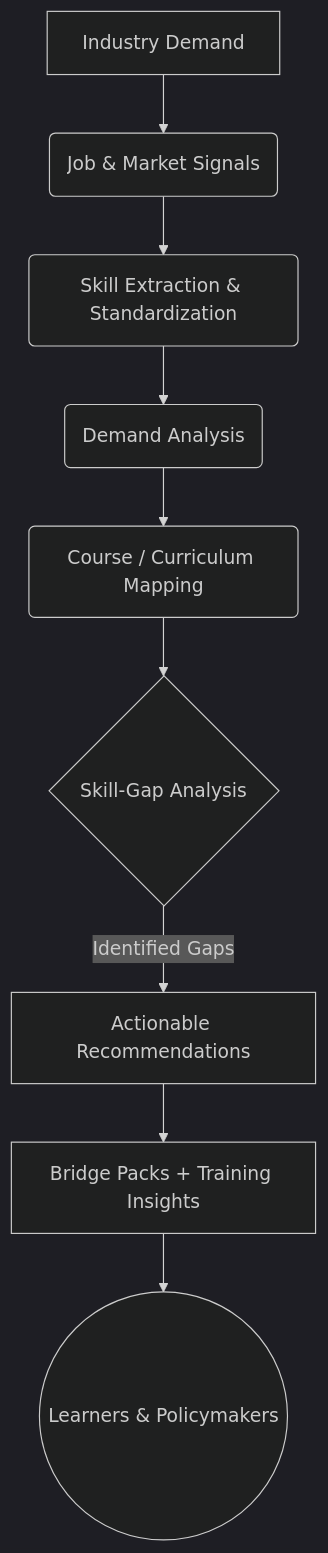
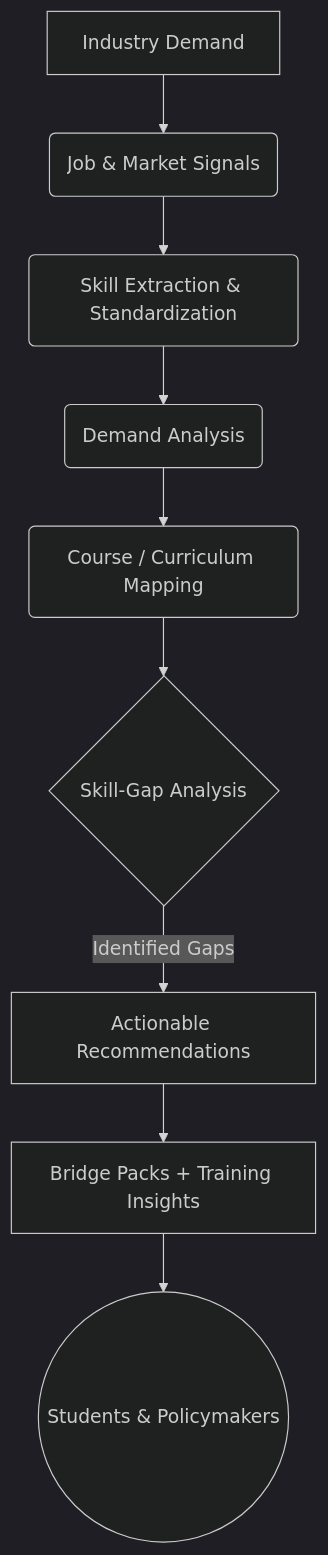
Before and after one commit to itsSrishant/SKILLX: the first of 2 diagrams in README.md, drawn with Mermaid (dark theme). The commit also changed other lines of this file, not shown here.

````diff
--- a/README.md
+++ b/README.md
@@ -35,11 +35,11 @@
 ```mermaid
 graph TD
     A[Industry Demand] --> B(Job & Market Signals)
     B --> C(Skill Extraction & Standardization)
     C --> D(Demand Analysis)
     D --> E(Course / Curriculum Mapping)
     E --> F{Skill-Gap Analysis}
     F -->|Identified Gaps| G[Actionable Recommendations]
     G --> H[Bridge Packs + Training Insights]
-    H --> I((Learners & Policymakers))
+    H --> I((Students & Policymakers))
 ```
````
